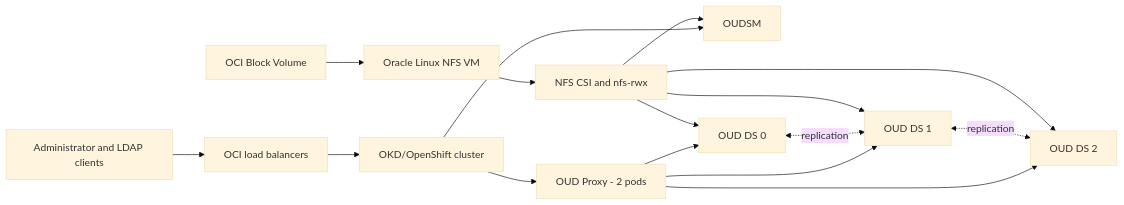
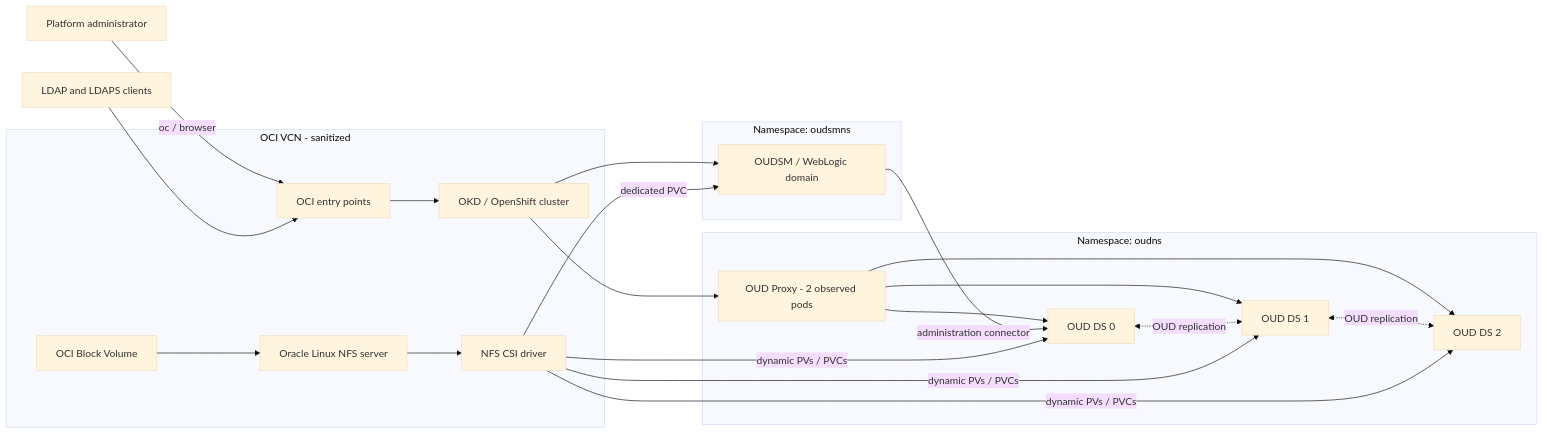
Before and after one commit to KuenaMahase/oud-oudsm-on-okd-oci: the first of 2 diagrams in README.md, drawn with Mermaid (base theme). The commit also changed other lines of this file and 2 other files, not shown here.

First line of the commit message:
docs: surface verified artifacts on the landing page and guard README diagrams

````diff
--- a/README.md
+++ b/README.md
@@ -12,18 +28,35 @@
 ```mermaid
 flowchart LR
-    A[Administrator and LDAP clients] --> B[OCI load balancers]
-    B --> C[OKD/OpenShift cluster]
-    C --> D[OUDSM]
-    C --> E[OUD Proxy - 2 pods]
-    E --> F[OUD DS 0]
-    E --> G[OUD DS 1]
-    E --> H[OUD DS 2]
-    F <-. replication .-> G
-    G <-. replication .-> H
-    I[OCI Block Volume] --> J[Oracle Linux NFS VM]
-    J --> K[NFS CSI and nfs-rwx]
-    K --> F
-    K --> G
-    K --> H
-    K --> D
+    A[Platform administrator] -->|oc / browser| OCI[OCI entry points]
+    L[LDAP and LDAPS clients] --> OCI
+
+    subgraph VCN[OCI VCN - sanitized]
+      OCI --> OKD[OKD / OpenShift cluster]
+      BV[OCI Block Volume] --> NFS[Oracle Linux NFS server]
+      NFS --> CSI[NFS CSI driver]
+    end
+
+    subgraph OUDNS[Namespace: oudns]
+      PROXY[OUD Proxy - 2 observed pods]
+      DS0[OUD DS 0]
+      DS1[OUD DS 1]
+      DS2[OUD DS 2]
+      PROXY --> DS0
+      PROXY --> DS1
+      PROXY --> DS2
+      DS0 <-. OUD replication .-> DS1
+      DS1 <-. OUD replication .-> DS2
+    end
+
+    subgraph OUDSMNS[Namespace: oudsmns]
+      OUDSM[OUDSM / WebLogic domain]
+    end
+
+    OKD --> PROXY
+    OKD --> OUDSM
+    OUDSM -->|administration connector| DS0
+    CSI -->|dynamic PVs / PVCs| DS0
+    CSI -->|dynamic PVs / PVCs| DS1
+    CSI -->|dynamic PVs / PVCs| DS2
+    CSI -->|dedicated PVC| OUDSM
 ```
````
